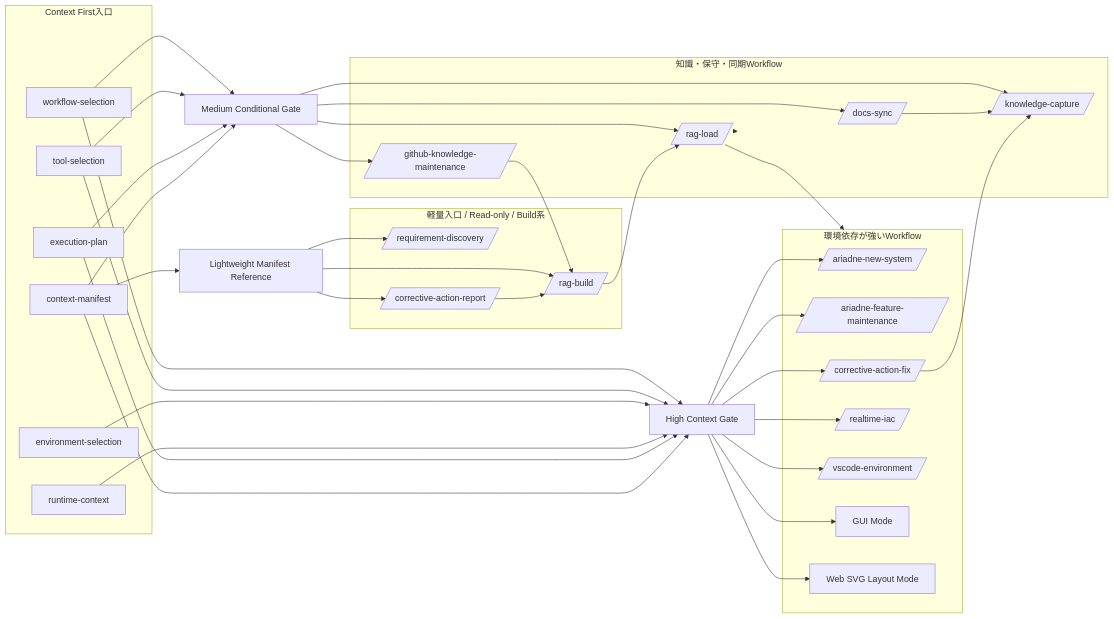
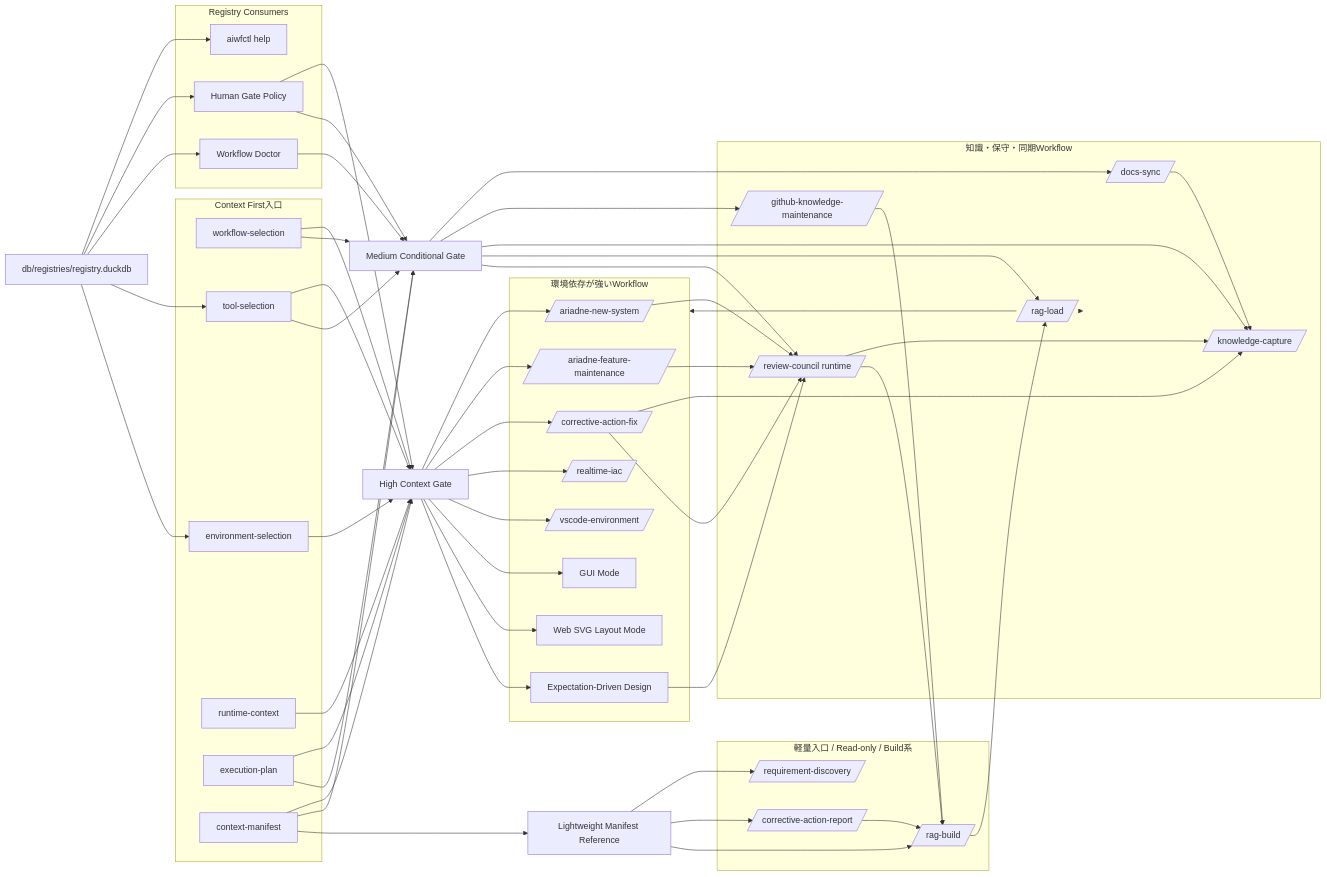
Before and after one commit to inabako/ariadne-ai-workflow-platform: the third of 6 diagrams in docs/diagrams/dispatcher-workflow-map.md, drawn with Mermaid. The commit also changed other lines of this file and 54 other files, not shown here.

First line of the commit message:
docs(operations): Ariadne運用ドキュメントと図解資料を拡充する

````diff
--- a/docs/diagrams/dispatcher-workflow-map.md
+++ b/docs/diagrams/dispatcher-workflow-map.md
@@ -83,6 +169,19 @@
     Manifest[context-manifest]
   end
 
+  subgraph RegistryConsumers[Registry Consumers]
+    Help[aiwfctl help]
+    HumanGatePolicy[Human Gate Policy]
+    Doctor[Workflow Doctor]
+  end
+
+  RegistryDB[db/registries/registry.duckdb]
+  RegistryDB --> Help
+  RegistryDB --> HumanGatePolicy
+  RegistryDB --> Doctor
+  RegistryDB --> ToolSel
+  RegistryDB --> EnvSel
+
   subgraph HighWorkflows[環境依存が強いWorkflow]
     NewSys[/ariadne-new-system/]
     Feature[/ariadne-feature-maintenance/]
@@ -91,6 +190,7 @@
     Vscode[/vscode-environment/]
     Gui[GUI Mode]
     WebSvg[Web SVG Layout Mode]
+    ExpDesign[Expectation-Driven Design]
   end
 
   subgraph MediumWorkflows[知識・保守・同期Workflow]
@@ -98,6 +198,7 @@
     GhKnowledge[/github-knowledge-maintenance/]
     Capture[/knowledge-capture/]
     RagLoad[/rag-load/]
+    ReviewCouncil[/review-council runtime/]
   end
 
   subgraph LowWorkflows[軽量入口 / Read-only / Build系]
@@ -131,11 +232,17 @@
   HighGate --> Vscode
   HighGate --> Gui
   HighGate --> WebSvg
+  HighGate --> ExpDesign
 
   MediumGate --> Docs
   MediumGate --> GhKnowledge
   MediumGate --> Capture
   MediumGate --> RagLoad
+  MediumGate --> ReviewCouncil
+
+  HumanGatePolicy --> HighGate
+  HumanGatePolicy --> MediumGate
+  Doctor --> MediumGate
 
   LowGate --> Requirement
   LowGate --> Report
@@ -149,4 +256,10 @@
   Docs --> Capture
   GhKnowledge --> RagBuild
   Fix --> Capture
+  NewSys --> ReviewCouncil
+  Feature --> ReviewCouncil
+  ExpDesign --> ReviewCouncil
+  Fix --> ReviewCouncil
+  ReviewCouncil --> Capture
+  ReviewCouncil --> RagBuild
 ```
````
